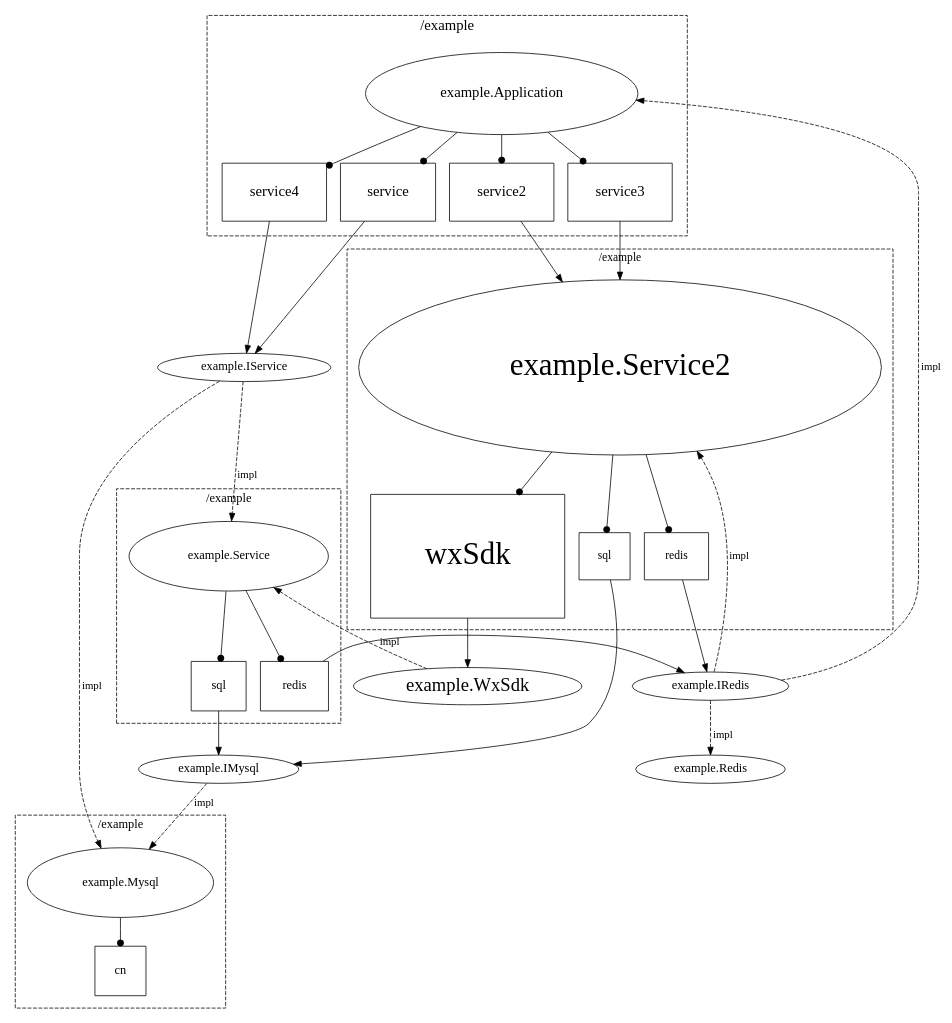
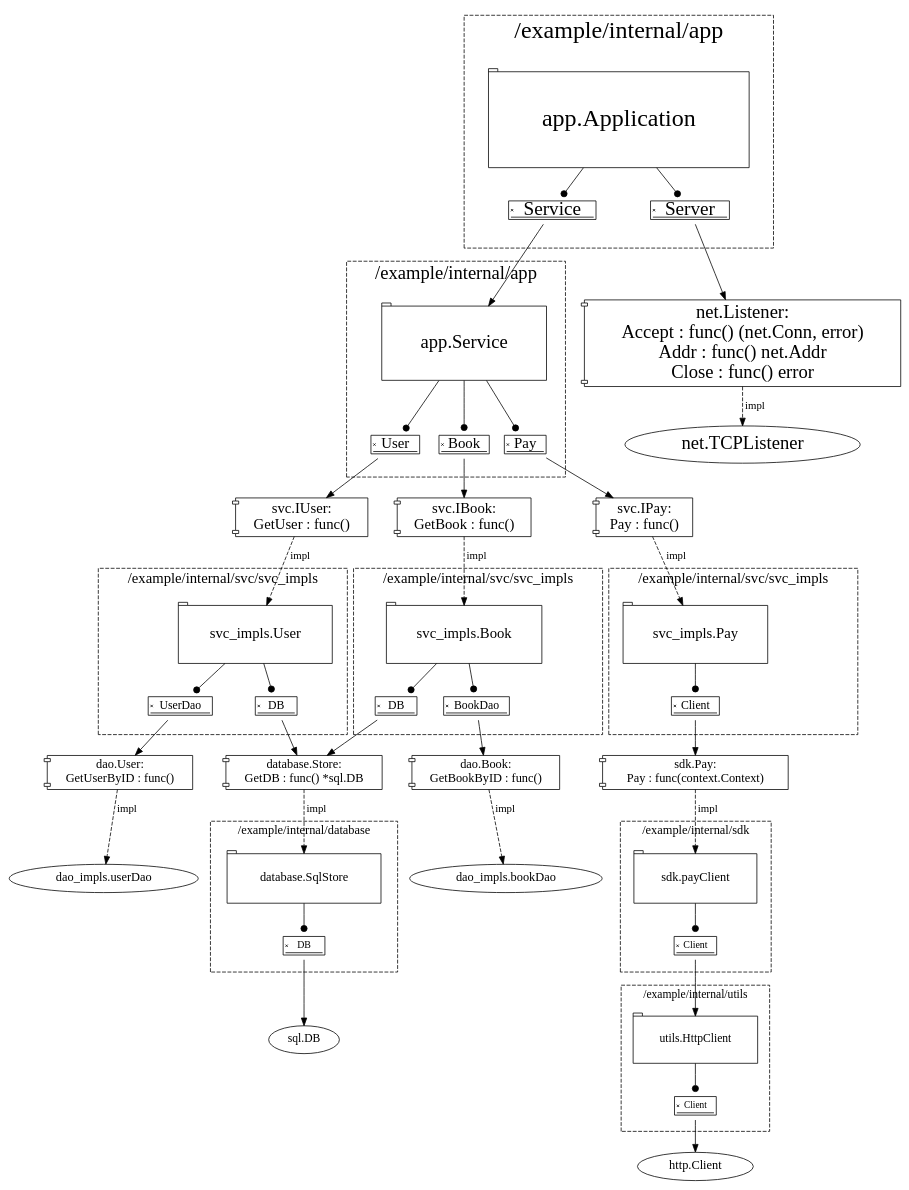
Before and after one commit to Just-maple/structgraph: the diagram in example/test.dot, drawn with Graphviz. The commit also changed 14 other files, not shown here.

```diff
--- a/example/test.dot
+++ b/example/test.dot
@@ -1,93 +1,171 @@
 digraph G {
-	"example.Application"->"example.Application:service"[ arrowhead=dot ];
-	"example.Application:service"->"example.IService";
-	"example.IService"->"example.Service"[ label=impl, style=dashed ];
-	"example.Service"->"example.Service:sql"[ arrowhead=dot ];
-	"example.Service:sql"->"example.IMysql";
-	"example.IMysql"->"example.Mysql"[ label=impl, style=dashed ];
-	"example.Mysql"->"example.Mysql:cn"[ arrowhead=dot ];
-	"example.Service"->"example.Service:redis"[ arrowhead=dot ];
-	"example.Service:redis"->"example.IRedis";
-	"example.IRedis"->"example.Application"[ label=impl, style=dashed ];
-	"example.Application"->"example.Application:service4"[ arrowhead=dot ];
-	"example.Application:service4"->"example.IService";
-	"example.IService"->"example.Mysql"[ label=impl, style=dashed ];
-	"example.Application"->"example.Application:service2"[ arrowhead=dot ];
-	"example.Application:service2"->"example.Service2";
-	"example.Service2"->"example.Service2:sql"[ arrowhead=dot ];
-	"example.Service2:sql"->"example.IMysql";
-	"example.Service2"->"example.Service2:redis"[ arrowhead=dot ];
-	"example.Service2:redis"->"example.IRedis";
-	"example.IRedis"->"example.Redis"[ label=impl, style=dashed ];
-	"example.Service2"->"example.Service2:wxSdk"[ arrowhead=dot ];
-	"example.Service2:wxSdk"->"example.WxSdk";
-	"example.WxSdk"->"example.Service"[ label=impl, style=dashed ];
-	"example.Application"->"example.Application:service3"[ arrowhead=dot ];
-	"example.Application:service3"->"example.Service2";
-	"example.IRedis"->"example.Service2"[ label=impl, style=dashed ];
-	subgraph "cluster_example.Application" {
-	fontsize=19;
-	label="/example";
+	"app.Application"->"app.Application:Server"[ arrowhead=dot ];
+	"app.Application:Server"->"net.Listener";
+	"net.Listener"->"net.TCPListener"[ label=impl, style=dashed ];
+	"app.Application"->"app.Application:Service"[ arrowhead=dot ];
+	"app.Application:Service"->"app.Service";
+	"app.Service"->"app.Service:User"[ arrowhead=dot ];
+	"app.Service:User"->"svc.IUser";
+	"svc.IUser"->"svc_impls.User"[ label=impl, style=dashed ];
+	"svc_impls.User"->"svc_impls.User:UserDao"[ arrowhead=dot ];
+	"svc_impls.User:UserDao"->"dao.User";
+	"dao.User"->"dao_impls.userDao"[ label=impl, style=dashed ];
+	"svc_impls.User"->"svc_impls.User:DB"[ arrowhead=dot ];
+	"svc_impls.User:DB"->"database.Store";
+	"database.Store"->"database.SqlStore"[ label=impl, style=dashed ];
+	"database.SqlStore"->"database.SqlStore:DB"[ arrowhead=dot ];
+	"database.SqlStore:DB"->"sql.DB";
+	"app.Service"->"app.Service:Book"[ arrowhead=dot ];
+	"app.Service:Book"->"svc.IBook";
+	"svc.IBook"->"svc_impls.Book"[ label=impl, style=dashed ];
+	"svc_impls.Book"->"svc_impls.Book:DB"[ arrowhead=dot ];
+	"svc_impls.Book:DB"->"database.Store";
+	"svc_impls.Book"->"svc_impls.Book:BookDao"[ arrowhead=dot ];
+	"svc_impls.Book:BookDao"->"dao.Book";
+	"dao.Book"->"dao_impls.bookDao"[ label=impl, style=dashed ];
+	"app.Service"->"app.Service:Pay"[ arrowhead=dot ];
+	"app.Service:Pay"->"svc.IPay";
+	"svc.IPay"->"svc_impls.Pay"[ label=impl, style=dashed ];
+	"svc_impls.Pay"->"svc_impls.Pay:Client"[ arrowhead=dot ];
+	"svc_impls.Pay:Client"->"sdk.Pay";
+	"sdk.Pay"->"sdk.payClient"[ label=impl, style=dashed ];
+	"sdk.payClient"->"sdk.payClient:Client"[ arrowhead=dot ];
+	"sdk.payClient:Client"->"utils.HttpClient";
+	"utils.HttpClient"->"utils.HttpClient:Client"[ arrowhead=dot ];
+	"utils.HttpClient:Client"->"http.Client";
+	subgraph "cluster_app.Application" {
+	fontsize=31;
+	label="/example/internal/app";
 	labelloc=t;
-	margin=19;
+	margin=31;
 	style=dashed;
-	"example.Application" [ fontsize=19, margin=0.38 ];
-	"example.Application:service" [ fontsize=19, label=service, margin=0.38, shape=box ];
-	"example.Application:service2" [ fontsize=19, label=service2, margin=0.38, shape=box ];
-	"example.Application:service3" [ fontsize=19, label=service3, margin=0.38, shape=box ];
-	"example.Application:service4" [ fontsize=19, label=service4, margin=0.38, shape=box ];
+	"app.Application" [ fontsize=31, margin=0.62, shape=tab ];
+	"app.Application:Server" [ fontsize=24.8, label=Server, shape=signature ];
+	"app.Application:Service" [ fontsize=24.8, label=Service, shape=signature ];
 
 }
 ;
-	subgraph "cluster_example.Mysql" {
-	fontsize=16;
-	label="/example";
+	subgraph "cluster_app.Service" {
+	fontsize=24;
+	label="/example/internal/app";
 	labelloc=t;
-	margin=16;
+	margin=24;
 	style=dashed;
-	"example.Mysql" [ fontsize=16, margin=0.32 ];
-	"example.Mysql:cn" [ fontsize=16, label=cn, margin=0.32, shape=box ];
+	"app.Service" [ fontsize=24, margin=0.48, shape=tab ];
+	"app.Service:Book" [ fontsize=19.200000000000003, label=Book, shape=signature ];
+	"app.Service:Pay" [ fontsize=19.200000000000003, label=Pay, shape=signature ];
+	"app.Service:User" [ fontsize=19.200000000000003, label=User, shape=signature ];
 
 }
 ;
-	subgraph "cluster_example.Redis" {
+	subgraph "cluster_dao_impls.bookDao" {
 	fontsize=16;
-	label="/example";
+	label="/example/internal/dao/dao_impls";
 	labelloc=t;
 	margin=16;
 	style=dashed;
 
 }
 ;
-	subgraph "cluster_example.Service" {
+	subgraph "cluster_dao_impls.userDao" {
 	fontsize=16;
-	label="/example";
+	label="/example/internal/dao/dao_impls";
 	labelloc=t;
 	margin=16;
 	style=dashed;
-	"example.Service" [ fontsize=16, margin=0.32 ];
-	"example.Service:redis" [ fontsize=16, label=redis, margin=0.32, shape=box ];
-	"example.Service:sql" [ fontsize=16, label=sql, margin=0.32, shape=box ];
 
 }
 ;
-	subgraph "cluster_example.Service2" {
+	subgraph "cluster_database.SqlStore" {
+	fontsize=16;
+	label="/example/internal/database";
+	labelloc=t;
+	margin=16;
+	style=dashed;
+	"database.SqlStore" [ fontsize=16, margin=0.32, shape=tab ];
+	"database.SqlStore:DB" [ fontsize=12.8, label=DB, shape=signature ];
+
+}
+;
+	subgraph "cluster_sdk.payClient" {
+	fontsize=16;
+	label="/example/internal/sdk";
+	labelloc=t;
+	margin=16;
+	style=dashed;
+	"sdk.payClient" [ fontsize=16, margin=0.32, shape=tab ];
+	"sdk.payClient:Client" [ fontsize=12.8, label=Client, shape=signature ];
+
+}
+;
+	subgraph "cluster_svc_impls.Book" {
+	fontsize=19;
+	label="/example/internal/svc/svc_impls";
+	labelloc=t;
+	margin=19;
+	style=dashed;
+	"svc_impls.Book" [ fontsize=19, margin=0.38, shape=tab ];
+	"svc_impls.Book:BookDao" [ fontsize=15.200000000000001, label=BookDao, shape=signature ];
+	"svc_impls.Book:DB" [ fontsize=15.200000000000001, label=DB, shape=signature ];
+
+}
+;
+	subgraph "cluster_svc_impls.Pay" {
+	fontsize=19;
+	label="/example/internal/svc/svc_impls";
+	labelloc=t;
+	margin=19;
+	style=dashed;
+	"svc_impls.Pay" [ fontsize=19, margin=0.38, shape=tab ];
+	"svc_impls.Pay:Client" [ fontsize=15.200000000000001, label=Client, shape=signature ];
+
+}
+;
+	subgraph "cluster_svc_impls.User" {
+	fontsize=19;
+	label="/example/internal/svc/svc_impls";
+	labelloc=t;
+	margin=19;
+	style=dashed;
+	"svc_impls.User" [ fontsize=19, margin=0.38, shape=tab ];
+	"svc_impls.User:DB" [ fontsize=15.200000000000001, label=DB, shape=signature ];
+	"svc_impls.User:UserDao" [ fontsize=15.200000000000001, label=UserDao, shape=signature ];
+
+}
+;
+	subgraph "cluster_utils.HttpClient" {
 	fontsize=15;
-	label="/example";
+	label="/example/internal/utils";
 	labelloc=t;
 	margin=15;
 	style=dashed;
-	"example.Service2" [ fontsize=40, margin=0.8 ];
-	"example.Service2:redis" [ fontsize=15, label=redis, margin=0.3, shape=box ];
-	"example.Service2:sql" [ fontsize=15, label=sql, margin=0.3, shape=box ];
-	"example.Service2:wxSdk" [ fontsize=40, label=wxSdk, margin=0.8, shape=box ];
+	"utils.HttpClient" [ fontsize=15, margin=0.3, shape=tab ];
+	"utils.HttpClient:Client" [ fontsize=12, label=Client, shape=signature ];
 
 }
 ;
-	"example.IMysql" [ fontsize=16 ];
-	"example.IRedis" [ fontsize=16 ];
-	"example.IService" [ fontsize=16 ];
-	"example.Redis" [ fontsize=16 ];
-	"example.WxSdk" [ fontsize=24 ];
+	"dao.Book" [ fontsize=16, label="dao.Book:
+GetBookByID : func()", shape=component ];
+	"dao.User" [ fontsize=16, label="dao.User:
+GetUserByID : func()", shape=component ];
+	"dao_impls.bookDao" [ fontsize=16 ];
+	"dao_impls.userDao" [ fontsize=16 ];
+	"database.Store" [ fontsize=16, label="database.Store:
+GetDB : func() *sql.DB", shape=component ];
+	"http.Client" [ fontsize=16 ];
+	"net.Listener" [ fontsize=24, label="net.Listener:
+Accept : func() (net.Conn, error)
+Addr : func() net.Addr
+Close : func() error", shape=component ];
+	"net.TCPListener" [ fontsize=24 ];
+	"sdk.Pay" [ fontsize=16, label="sdk.Pay:
+Pay : func(context.Context)", shape=component ];
+	"sql.DB" [ fontsize=15 ];
+	"svc.IBook" [ fontsize=19, label="svc.IBook:
+GetBook : func()", shape=component ];
+	"svc.IPay" [ fontsize=19, label="svc.IPay:
+Pay : func()", shape=component ];
+	"svc.IUser" [ fontsize=19, label="svc.IUser:
+GetUser : func()", shape=component ];
 
 }
```
